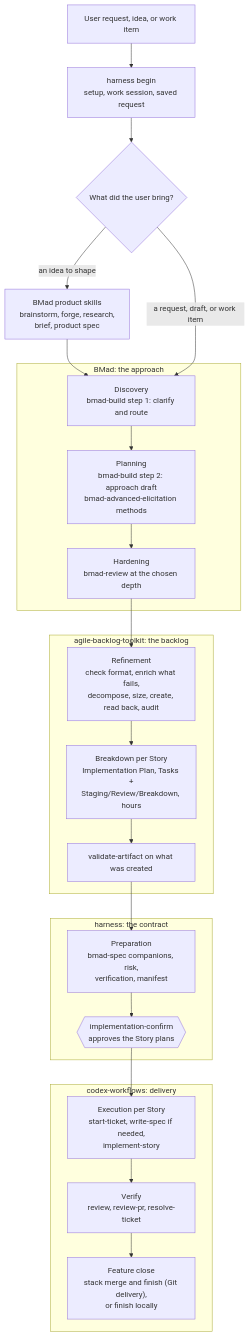
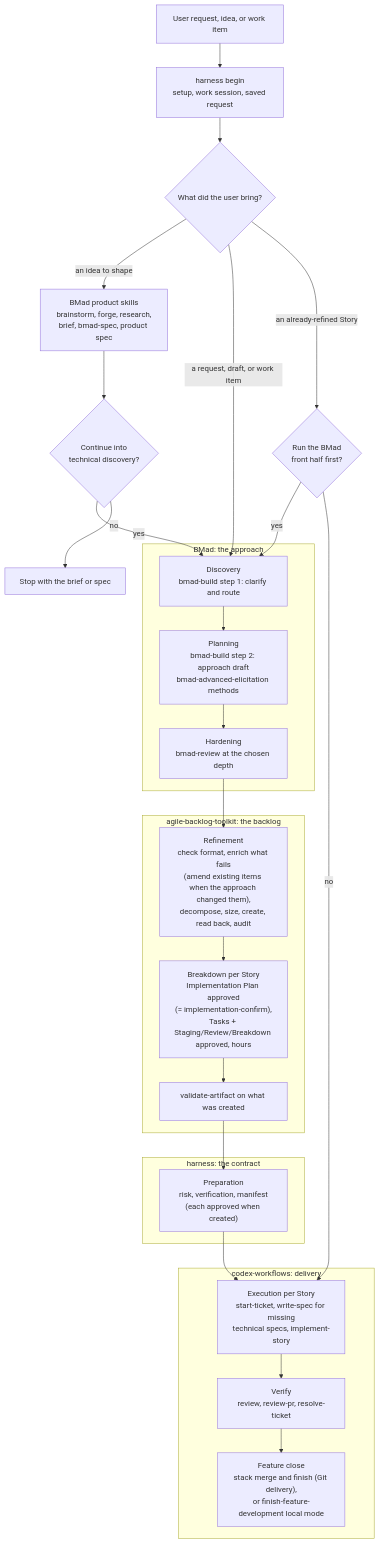
Before and after one commit to Monolith-INC/monolithic-dev-harness: the first of 7 diagrams in AI_Codex/Specs/2026-10-15-workflow-alignment.md, drawn with Mermaid. The commit also changed other lines of this file and 9 other files, not shown here.

````diff
--- a/AI_Codex/Specs/2026-10-15-workflow-alignment.md
+++ b/AI_Codex/Specs/2026-10-15-workflow-alignment.md
@@ -41,30 +45,34 @@
 ```mermaid
 flowchart TD
     REQ[User request, idea, or work item] --> BEGIN["harness begin<br/>setup, work session, saved request"]
     BEGIN --> ROUTE{What did the user bring?}
-    ROUTE -- "an idea to shape" --> IDEA["BMad product skills<br/>brainstorm, forge, research,<br/>brief, product spec"]
-    IDEA --> DISC
+    ROUTE -- "an idea to shape" --> IDEA["BMad product skills<br/>brainstorm, forge, research,<br/>brief, bmad-spec, product spec"]
+    IDEA --> GO{"Continue into<br/>technical discovery?"}
+    GO -- "yes" --> DISC
+    GO -- "no" --> STOP["Stop with the brief or spec"]
     ROUTE -- "a request, draft, or work item" --> DISC
+    ROUTE -- "an already-refined Story" --> ASK{"Run the BMad<br/>front half first?"}
+    ASK -- "yes" --> DISC
+    ASK -- "no" --> EXE
 
     subgraph BMAD["BMad: the approach"]
         DISC["Discovery<br/>bmad-build step 1: clarify and route"] --> PLAN["Planning<br/>bmad-build step 2: approach draft<br/>bmad-advanced-elicitation methods"]
         PLAN --> HARD["Hardening<br/>bmad-review at the chosen depth"]
     end
 
     subgraph ABT["agile-backlog-toolkit: the backlog"]
-        HARD --> REF["Refinement<br/>check format, enrich what fails,<br/>decompose, size, create, read back, audit"]
-        REF --> BRK["Breakdown per Story<br/>Implementation Plan, Tasks +<br/>Staging/Review/Breakdown, hours"]
+        HARD --> REF["Refinement<br/>check format, enrich what fails<br/>(amend existing items when the approach changed them),<br/>decompose, size, create, read back, audit"]
+        REF --> BRK["Breakdown per Story<br/>Implementation Plan approved<br/>(= implementation-confirm),<br/>Tasks + Staging/Review/Breakdown approved, hours"]
         BRK --> VAL["validate-artifact on what was created"]
     end
 
     subgraph HAR["harness: the contract"]
-        VAL --> PREP["Preparation<br/>bmad-spec companions, risk,<br/>verification, manifest"]
-        PREP --> CONF{{"implementation-confirm<br/>approves the Story plans"}}
+        VAL --> PREP["Preparation<br/>risk, verification, manifest<br/>(each approved when created)"]
     end
 
     subgraph CW["codex-workflows: delivery"]
-        CONF --> EXE["Execution per Story<br/>start-ticket, write-spec if needed,<br/>implement-story"]
+        PREP --> EXE["Execution per Story<br/>start-ticket, write-spec for missing<br/>technical specs, implement-story"]
         EXE --> VER["Verify<br/>review, review-pr, resolve-ticket"]
-        VER --> FEAT["Feature close<br/>stack merge and finish (Git delivery),<br/>or finish locally"]
+        VER --> FEAT["Feature close<br/>stack merge and finish (Git delivery),<br/>or finish-feature-development local mode"]
     end
 ```
````
